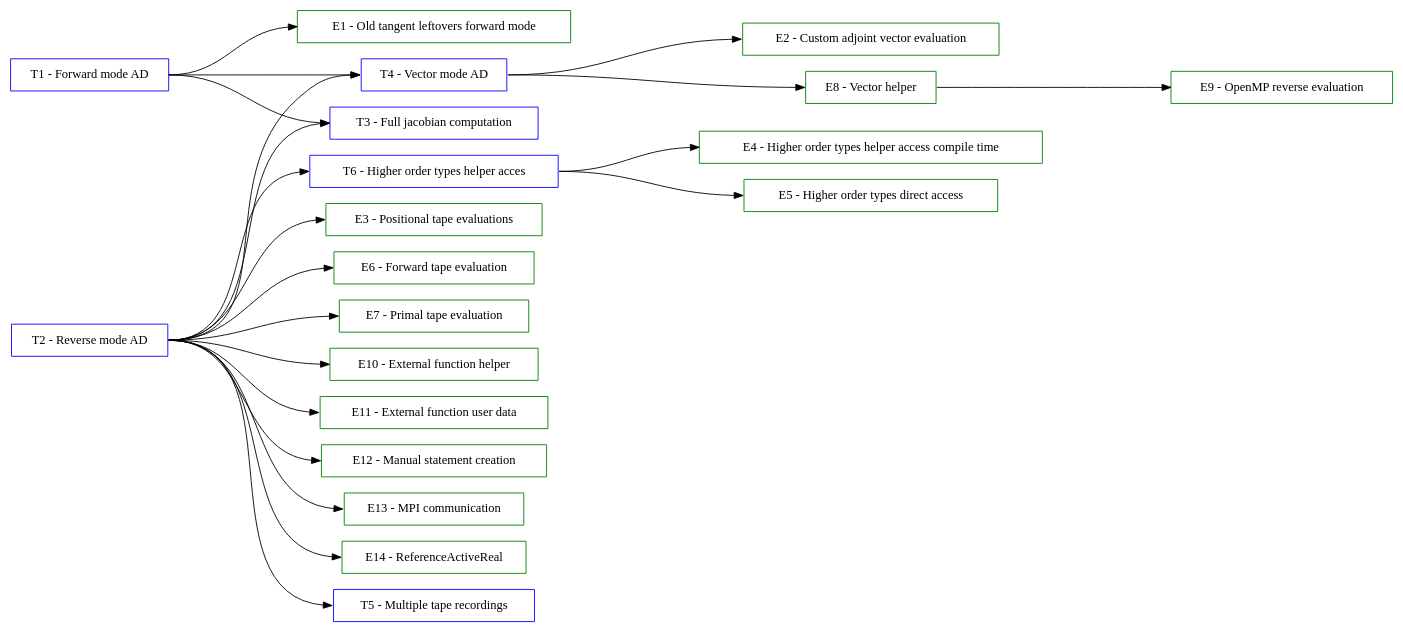
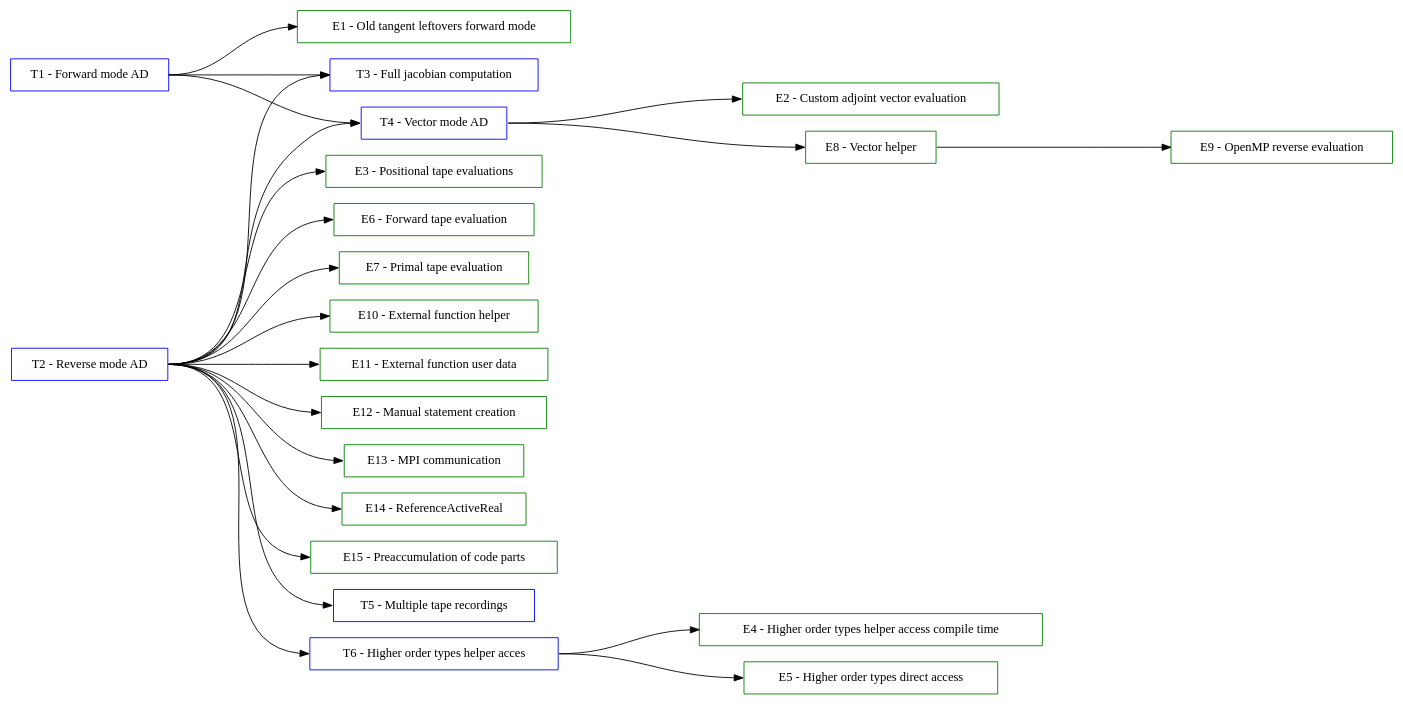
The diagram in documentation/user/TutorialsGraph.dot (SciCompKL/CoDiPack), drawn with Graphviz before and after one commit. The commit also changed 5 other files, not shown here.

```diff
--- a/documentation/user/TutorialsGraph.dot
+++ b/documentation/user/TutorialsGraph.dot
@@ -1,70 +1,73 @@
 digraph Tutorials {
   rankdir=LR;
   ranksep=2;
 
   // Tutorial nodes
   node [shape=box color=blue];
   T01 [label="T1 - Forward mode AD"];
 
   T02 [label="T2 - Reverse mode AD"];
 
   T03 [label="T3 - Full jacobian computation"];
 
   T04 [label="T4 - Vector mode AD"];
 
   T05 [label="T5 - Multiple tape recordings"];
 
   T06 [label="T6 - Higher order types helper acces"];
 
   // Example nodes
   node [shape=box color=green];
   E01 [label="E1 - Old tangent leftovers forward mode"];
 
   E02 [label="E2 - Custom adjoint vector evaluation"];
 
   E03 [label="E3 - Positional tape evaluations"];
 
   E04 [label="E4 - Higher order types helper access compile time"];
 
   E05 [label="E5 - Higher order types direct access"];
 
   E06 [label="E6 - Forward tape evaluation"];
 
   E07 [label="E7 - Primal tape evaluation"];
 
   E08 [label="E8 - Vector helper"];
 
   E09 [label="E9 - OpenMP reverse evaluation"];
 
   E10 [label="E10 - External function helper"];
 
   E11 [label="E11 - External function user data"];
 
   E12 [label="E12 - Manual statement creation"];
 
   E13 [label="E13 - MPI communication"];
 
   E14 [label="E14 - ReferenceActiveReal"];
 
+  E15 [label="E15 - Preaccumulation of code parts"];
+
   // Edges (sorted)
   E08:e -> E09:w;
   T01:e -> E01:w;
   T01:e -> T03:w;
   T01:e -> T04:w;
   T02:e -> E03:w;
   T02:e -> E06:w;
   T02:e -> E07:w;
   T02:e -> E10:w;
   T02:e -> E11:w;
   T02:e -> E12:w;
   T02:e -> E13:w;
   T02:e -> E14:w;
+  T02:e -> E15:w;
   T02:e -> T03:w;
   T02:e -> T04:w;
   T02:e -> T05:w;
   T02:e -> T06:w;
   T04:e -> E02:w;
   T04:e -> E08:w;
   T06:e -> E04:w;
   T06:e -> E05:w;
 }
```
